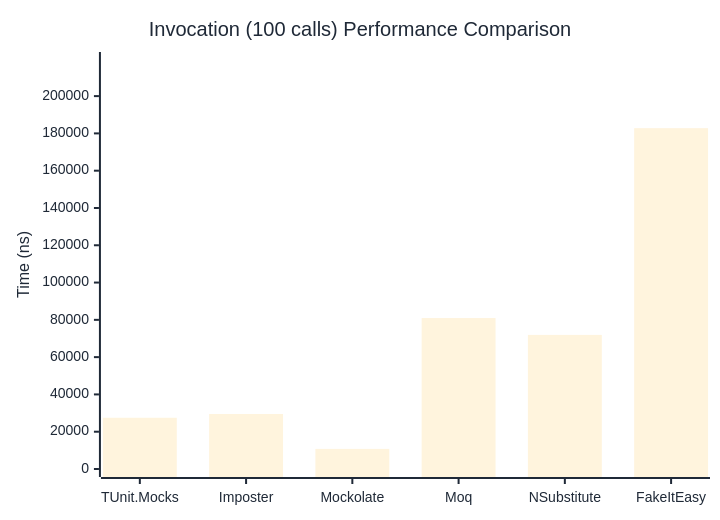
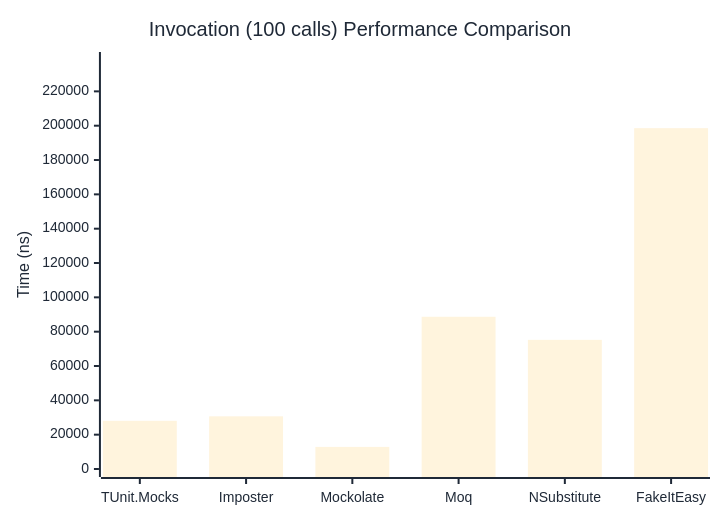
One commit to thomhurst/TUnit changed the third of 3 diagrams in docs/docs/benchmarks/mocks/Invocation.md. Above: the diagram before and after it, drawn with Mermaid. The commit also changed other lines of this file and 14 other files, not shown here.

````diff
--- a/docs/docs/benchmarks/mocks/Invocation.md
+++ b/docs/docs/benchmarks/mocks/Invocation.md
@@ -112,27 +112,27 @@
 ```mermaid
 %%{init: {
   'theme':'base',
   'themeVariables': {
     'primaryColor': '#2563eb',
     'primaryTextColor': '#1f2937',
     'primaryBorderColor': '#1e40af',
     'lineColor': '#6b7280',
     'secondaryColor': '#7c3aed',
     'tertiaryColor': '#dc2626',
     'background': '#ffffff',
     'pie1': '#2563eb',
     'pie2': '#7c3aed',
     'pie3': '#dc2626',
     'pie4': '#f59e0b',
     'pie5': '#10b981',
     'pie6': '#06b6d4',
     'pie7': '#ec4899',
     'pie8': '#6366f1'
   }
 }}%%
 xychart-beta
   title "Invocation (100 calls) Performance Comparison"
   x-axis ["TUnit.Mocks", "Imposter", "Mockolate", "Moq", "NSubstitute", "FakeItEasy"]
-  y-axis "Time (ns)" 0 --> 219368
-  bar [27483.25, 29486.85, 10781.25, 80958.08, 71919.88, 182805.97]
+  y-axis "Time (ns)" 0 --> 238274
+  bar [28070.9, 30681.9, 12870.2, 88694.5, 75244.9, 198561]
 ```
````
